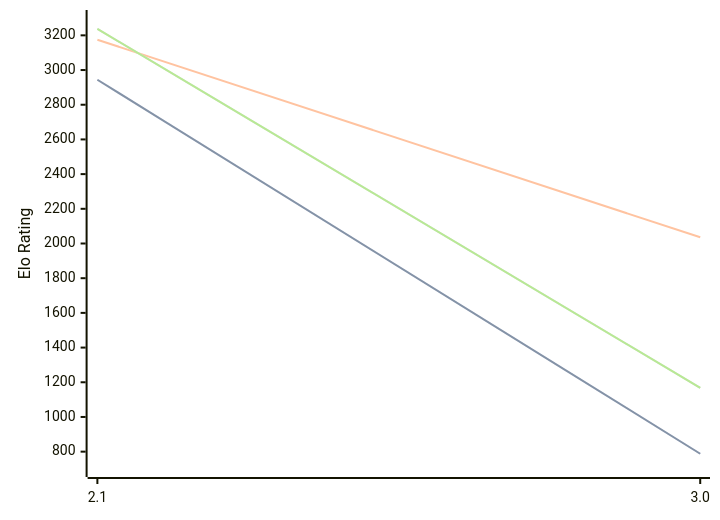
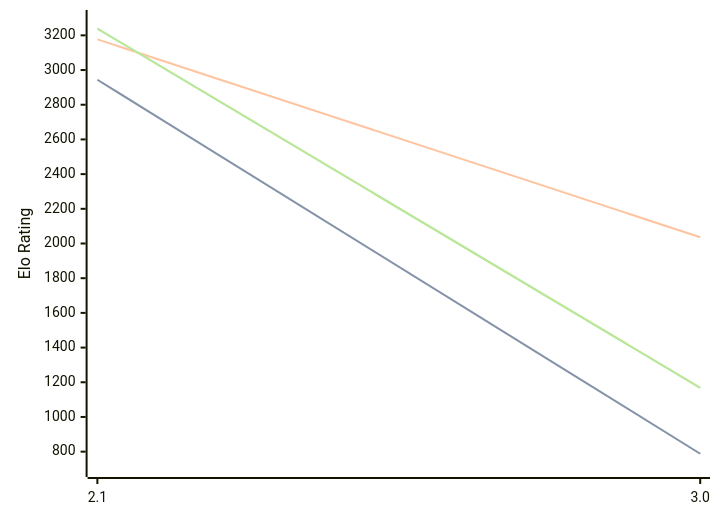
Before and after one commit to computer-chess-index/cci: the third of 3 diagrams in engines/Quirky.md, drawn with Mermaid. The commit also changed other lines of this file, not shown here.

Commit message:
Update CCI Ratings (ELO VLTC) - 2026-07-17

````diff
--- a/engines/Quirky.md
+++ b/engines/Quirky.md
@@ -67,11 +67,11 @@
 ```mermaid
 %%{init: {"theme":"base","themeVariables":{"seriesColors:['#a3a3a3','#222221','#faa371']}}}%%
 xychart-beta
   x-axis ["2.1", "3.0"]
   y-axis "Elo Rating" 700 --> 3300
   line "STC (8.0+0.08s)" [2944, 788]
   line "STC (8.0+0.08s)" [2944, 788]
-  line "LTC (60.0+0.60s)" [3175, 2036]
-  line "VLTC (2m24s+1.12s)" [3237, 1168]
-  line "VLTC (2m24s+1.12s)" [3237, 1168]
+  line "LTC (60.0+0.60s)" [3177, 2036]
+  line "VLTC (2m24s+1.12s)" [3239, 1168]
+  line "VLTC (2m24s+1.12s)" [3239, 1168]
 ```
````
